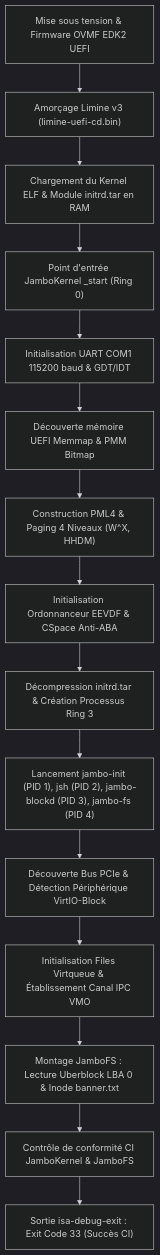
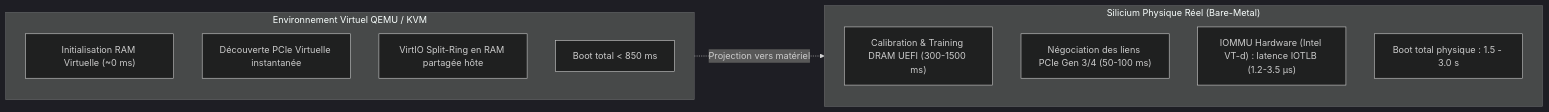
Before and after one commit to jambostack/jambo-os: the diagram in BENCHMARKS.md, drawn with Mermaid (dark theme). The commit also changed other lines of this file and 8 other files, not shown here.

Commit message:
feat(docs,benchmarks): Jalon 4.6 (v0.3.83) - Documentation d'architecture, guide contributeur et benchmarks comparatifs

````diff
--- a/BENCHMARKS.md
+++ b/BENCHMARKS.md
@@ -91,17 +37,18 @@
 ```mermaid
-flowchart TD
-    A["Mise sous tension & Firmware OVMF EDK2 UEFI"] --> B["Amorçage Limine v3 (limine-uefi-cd.bin)"]
-    B --> C["Chargement du Kernel ELF & Module initrd.tar en RAM"]
-    C --> D["Point d'entrée JamboKernel _start (Ring 0)"]
-    D --> E["Initialisation UART COM1 115200 baud & GDT/IDT"]
-    E --> F["Découverte mémoire UEFI Memmap & PMM Bitmap"]
-    F --> G["Construction PML4 & Paging 4 Niveaux (W^X, HHDM)"]
-    G --> H["Initialisation Ordonnanceur EEVDF & CSpace Anti-ABA"]
-    H --> I["Décompression initrd.tar & Création Processus Ring 3"]
-    I --> J["Lancement jambo-init (PID 1), jsh (PID 2), jambo-blockd (PID 3), jambo-fs (PID 4)"]
-    J --> K["Découverte Bus PCIe & Détection Périphérique VirtIO-Block"]
-    K --> L["Initialisation Files Virtqueue & Établissement Canal IPC VMO"]
-    L --> M["Montage JamboFS : Lecture Uberblock LBA 0 & Inode banner.txt"]
-    M --> N["Contrôle de conformité CI JamboKernel & JamboFS"]
-    N --> O["Sortie isa-debug-exit : Exit Code 33 (Succès CI)"]
+flowchart LR
+    subgraph Virt["Environnement Virtuel QEMU / KVM"]
+        V_BOOT["Initialisation RAM Virtuelle (~0 ms)"]
+        V_PCIE["Découverte PCIe Virtuelle instantanée"]
+        V_DMA["VirtIO Split-Ring en RAM partagée hôte"]
+        V_TIME["Boot total < 850 ms"]
+    end
+
+    subgraph Real["Silicium Physique Réel (Bare-Metal)"]
+        R_BOOT["Calibration & Training DRAM UEFI (300-1500 ms)"]
+        R_PCIE["Négociation des liens PCIe Gen 3/4 (50-100 ms)"]
+        R_DMA["IOMMU Hardware (Intel VT-d) : latence IOTLB (1.2-3.5 µs)"]
+        R_TIME["Boot total physique : 1.5 - 3.0 s"]
+    end
+
+    Virt -. "Projection vers matériel" .-> Real
 ```
````
